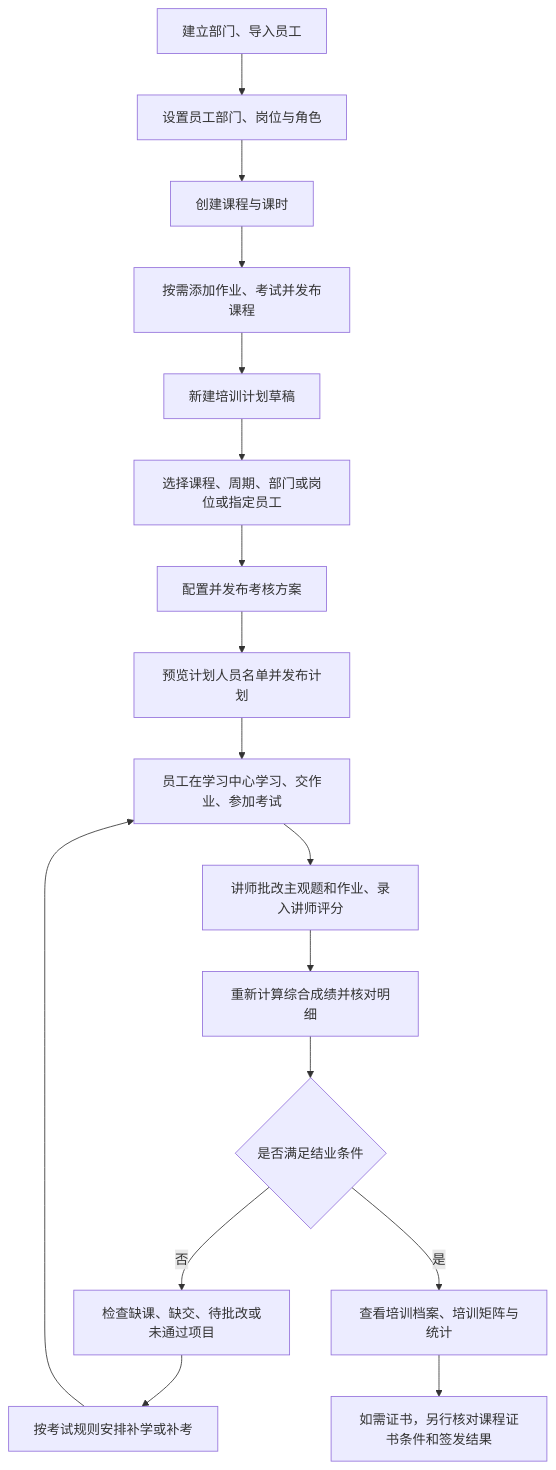
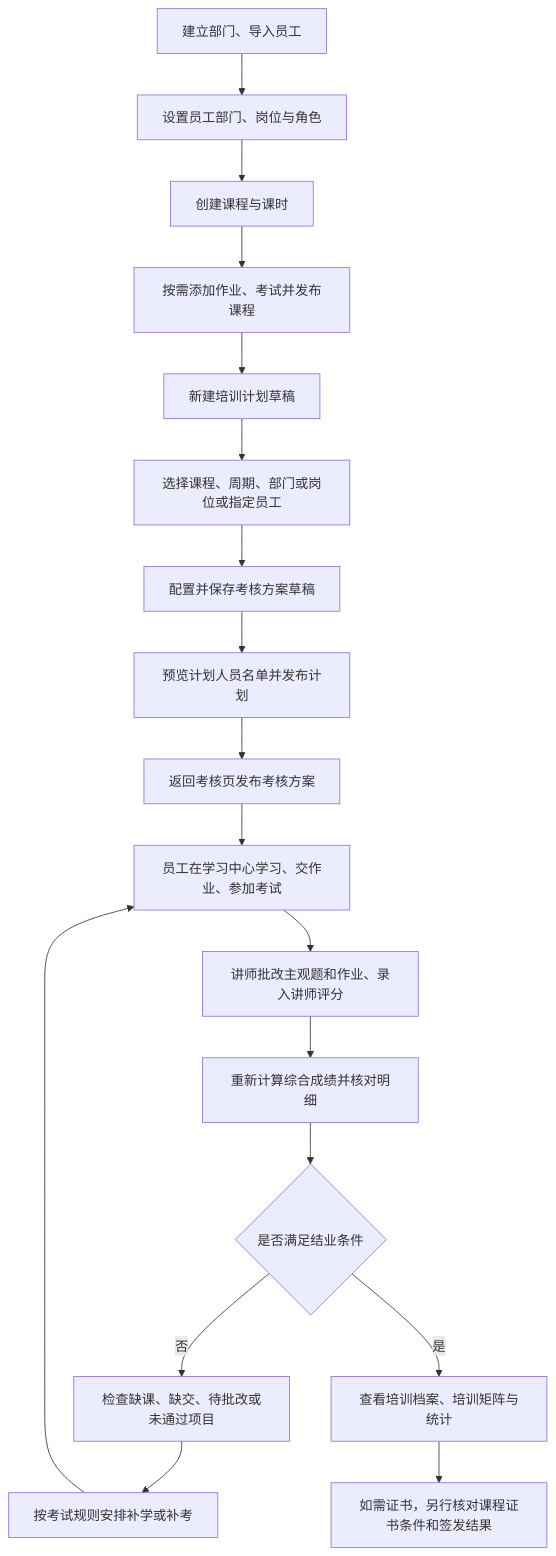
One commit to threebagsOfPineapples/classroomio changed the diagram in docs/enterprise-training/17-admin-guide.md. Above: the diagram before and after it, drawn with Mermaid. The commit also changed other lines of this file and 289 other files, not shown here.

````diff
--- a/docs/enterprise-training/17-admin-guide.md
+++ b/docs/enterprise-training/17-admin-guide.md
@@ -13,19 +13,20 @@
 ```mermaid
 flowchart TD
   A[建立部门、导入员工] --> B[设置员工部门、岗位与角色]
   B --> C[创建课程与课时]
   C --> D[按需添加作业、考试并发布课程]
   D --> E[新建培训计划草稿]
   E --> F[选择课程、周期、部门或岗位或指定员工]
-  F --> G[配置并发布考核方案]
+  F --> G[配置并保存考核方案草稿]
   G --> H[预览计划人员名单并发布计划]
-  H --> I[员工在学习中心学习、交作业、参加考试]
+  H --> H2[返回考核页发布考核方案]
+  H2 --> I[员工在学习中心学习、交作业、参加考试]
   I --> J[讲师批改主观题和作业、录入讲师评分]
   J --> K[重新计算综合成绩并核对明细]
   K --> L{是否满足结业条件}
   L -->|否| M[检查缺课、缺交、待批改或未通过项目]
   M --> N[按考试规则安排补学或补考]
   N --> I
   L -->|是| O[查看培训档案、培训矩阵与统计]
   O --> P[如需证书，另行核对课程证书条件和签发结果]
 ```
````
